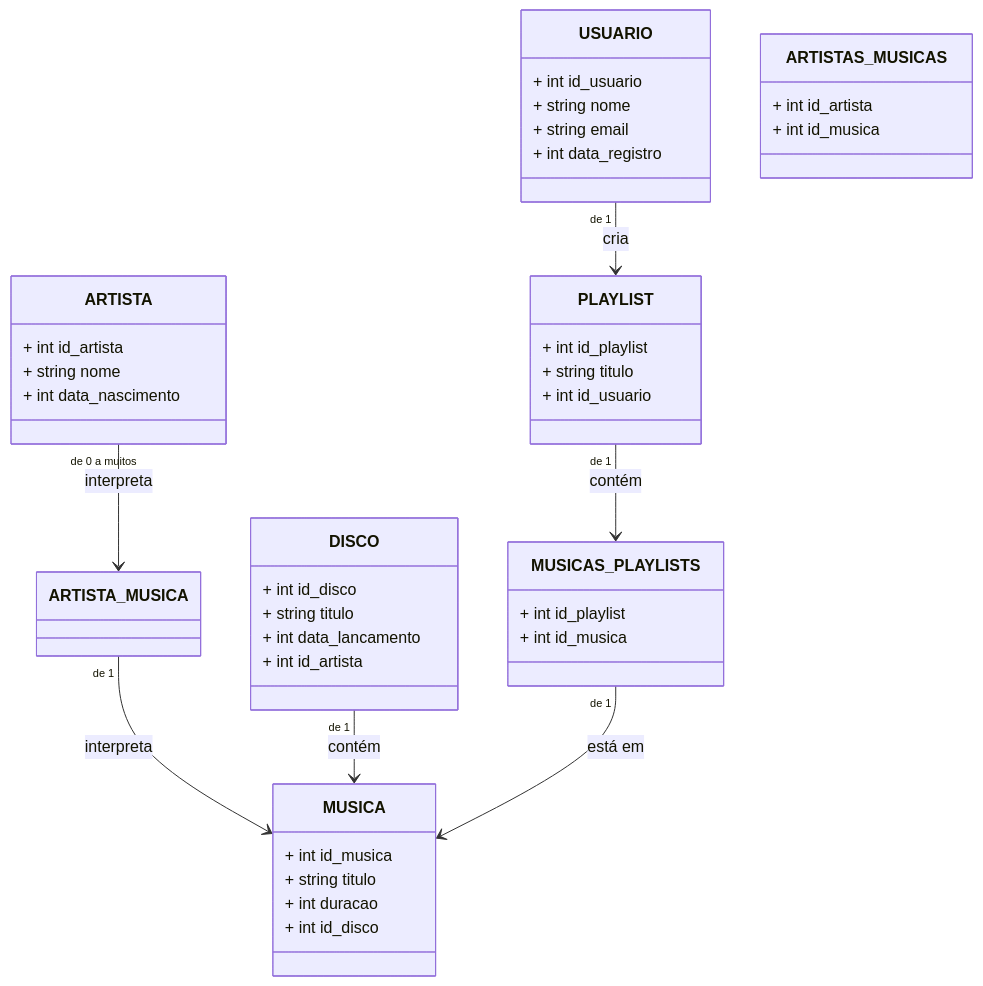
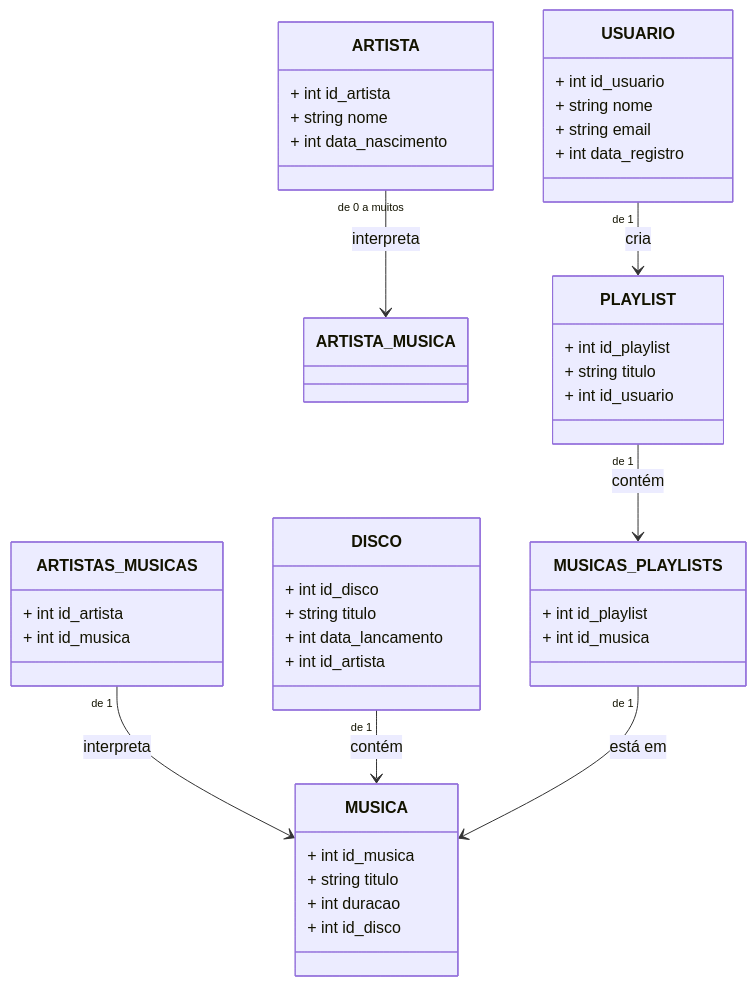
Before and after one commit to iagorosa28/sistema_de_streaming_de_musica_banco_de_dados: the diagram in README.md, drawn with Mermaid.

````diff
--- a/README.md
+++ b/README.md
@@ -21,48 +21,48 @@
 ```mermaid
 classDiagram
 
    ARTISTA "de 0 a muitos" --> ARTISTA_MUSICA : interpreta
-   ARTISTA_MUSICA "de 1" --> MUSICA : interpreta
+   ARTISTAS_MUSICAS "de 1" --> MUSICA : interpreta
 
    DISCO "de 1" --> MUSICA : contém
    USUARIO "de 1" --> PLAYLIST : cria
    PLAYLIST "de 1" --> MUSICAS_PLAYLISTS : contém
    MUSICAS_PLAYLISTS "de 1" --> MUSICA : está em
 
    class MUSICA
    MUSICA : + int id_musica
    MUSICA : + string titulo
    MUSICA : + int duracao
    MUSICA : + int id_disco
 
    class MUSICAS_PLAYLISTS
    MUSICAS_PLAYLISTS : + int id_playlist
    MUSICAS_PLAYLISTS : + int id_musica
 
    class ARTISTAS_MUSICAS
    ARTISTAS_MUSICAS : + int id_artista
    ARTISTAS_MUSICAS : + int id_musica
 
    class DISCO
    DISCO : + int id_disco
    DISCO : + string titulo
    DISCO : + int data_lancamento
    DISCO : + int id_artista
 
    class ARTISTA
    ARTISTA : + int id_artista
    ARTISTA : + string nome
    ARTISTA : + int data_nascimento
 
    class PLAYLIST
    PLAYLIST : + int id_playlist
    PLAYLIST : + string titulo
    PLAYLIST : + int id_usuario
 
     class USUARIO
     USUARIO : + int id_usuario
     USUARIO : + string nome
     USUARIO : + string email
     USUARIO : + int data_registro
 
 ```
````
